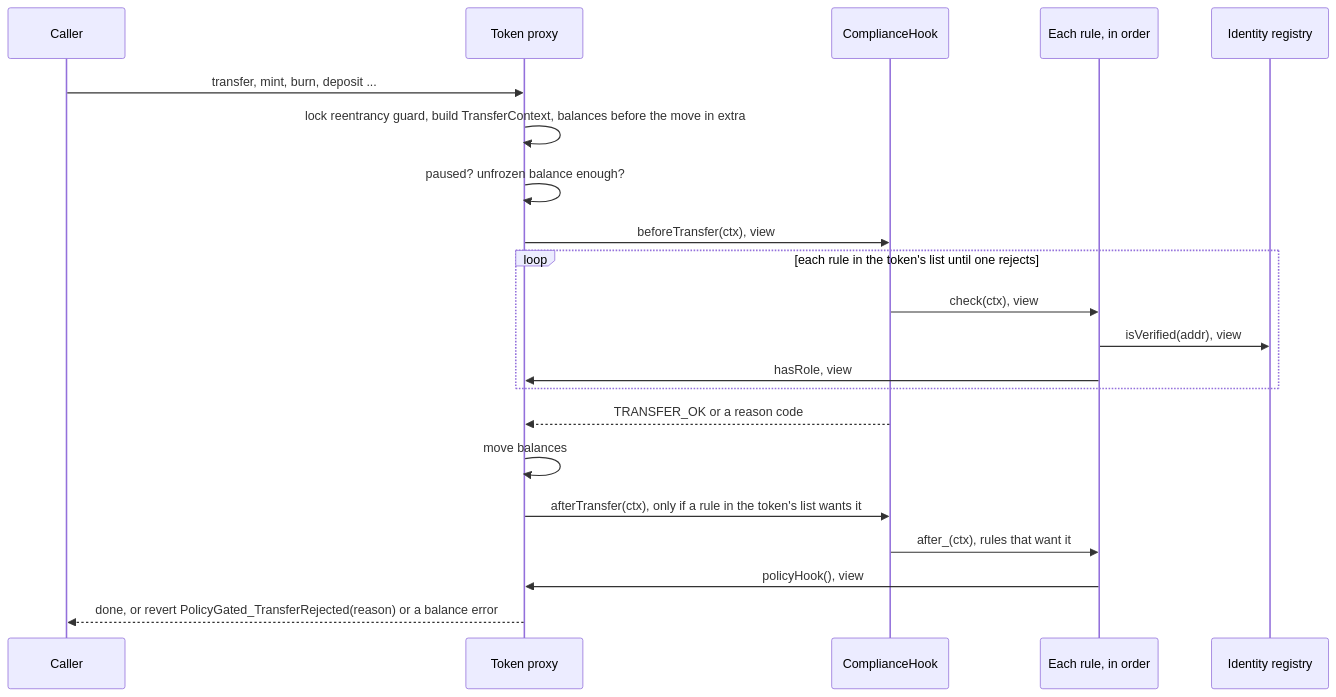
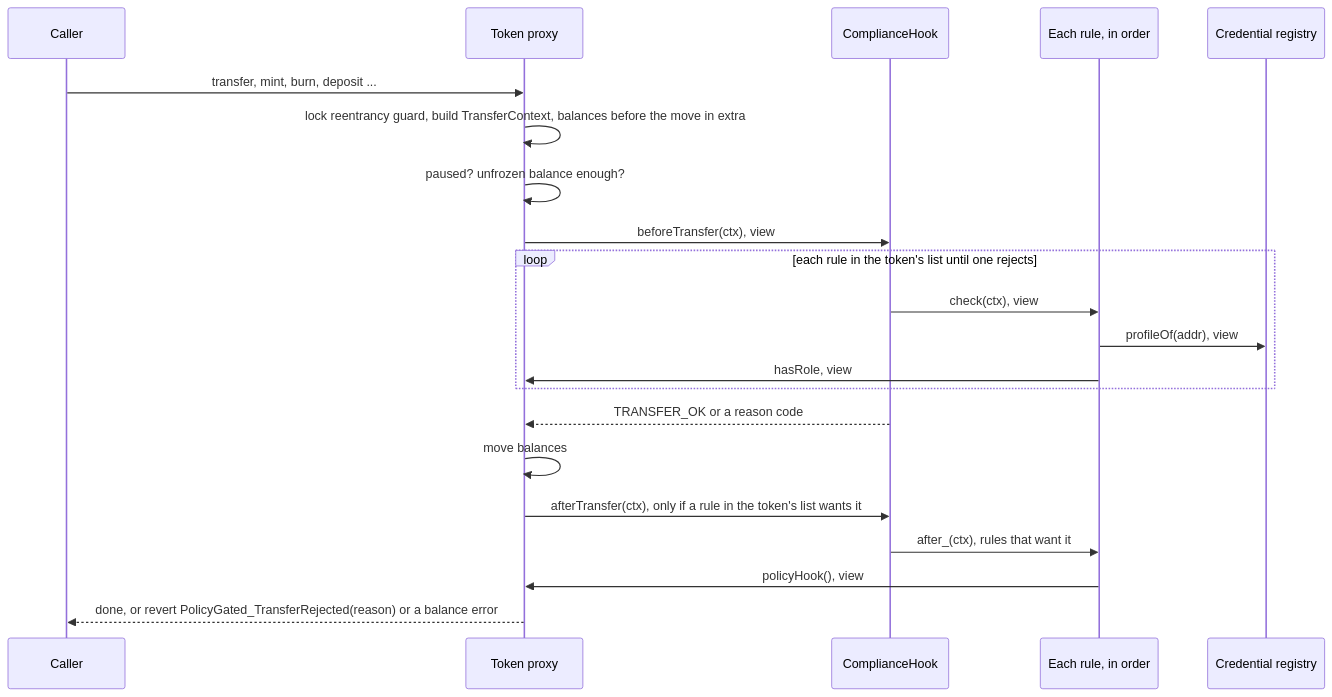
The second of 3 diagrams in docs/architecture.md (fepvenancio/rwa-token), drawn with Mermaid before and after one commit. The commit also changed other lines of this file and 24 other files, not shown here.

````diff
--- a/docs/architecture.md
+++ b/docs/architecture.md
@@ -69,24 +70,24 @@
 ```mermaid
 sequenceDiagram
   participant C as Caller
   participant T as Token proxy
   participant H as ComplianceHook
   participant R as Each rule, in order
-  participant X as Identity registry
+  participant X as Credential registry
 
   C->>T: transfer, mint, burn, deposit ...
   T->>T: lock reentrancy guard, build TransferContext, balances before the move in extra
   T->>T: paused? unfrozen balance enough?
   T->>H: beforeTransfer(ctx), view
   loop each rule in the token's list until one rejects
     H->>R: check(ctx), view
-    R->>X: isVerified(addr), view
+    R->>X: profileOf(addr), view
     R->>T: hasRole, view
   end
   H-->>T: TRANSFER_OK or a reason code
   T->>T: move balances
   T->>H: afterTransfer(ctx), only if a rule in the token's list wants it
   H->>R: after_(ctx), rules that want it
   R->>T: policyHook(), view
   T-->>C: done, or revert PolicyGated_TransferRejected(reason) or a balance error
 ```
````
